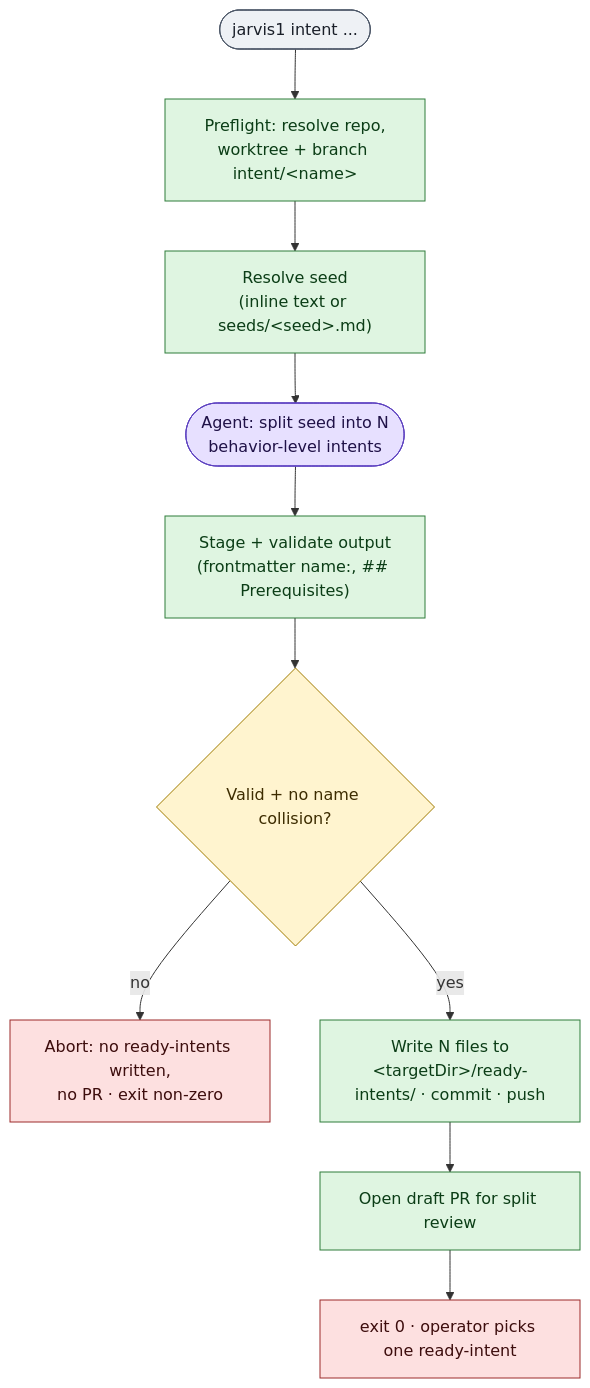
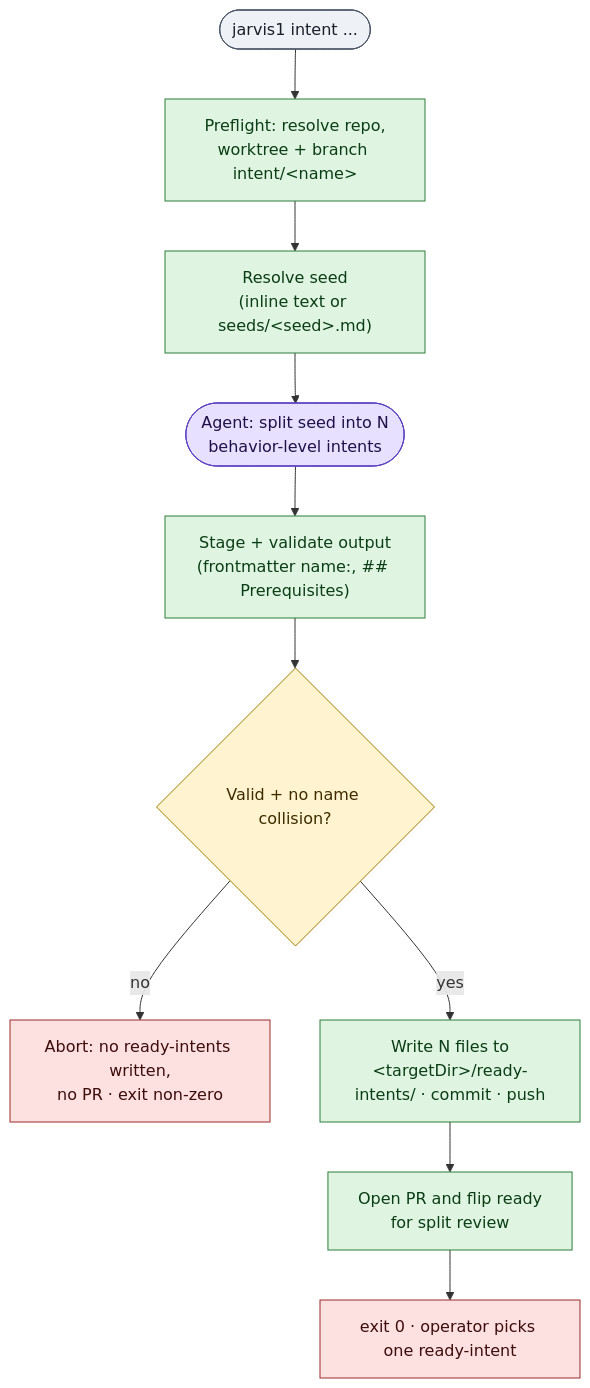
Before and after one commit to cbrenner04/jarvis: the third of 6 diagrams in v1/docs/workflows.md, drawn with Mermaid. The commit also changed other lines of this file and 7 other files, not shown here.

````diff
--- a/v1/docs/workflows.md
+++ b/v1/docs/workflows.md
@@ -123,20 +123,20 @@
 ```mermaid
 flowchart TD
   start([jarvis1 intent ...]):::neutral
 
   start --> pf["Preflight: resolve repo,<br/>worktree + branch intent/&lt;name&gt;"]:::det
   pf --> seed["Resolve seed<br/>(inline text or seeds/&lt;seed&gt;.md)"]:::det
   seed --> splitCall(["Agent: split seed into N<br/>behavior-level intents"]):::llm
   splitCall --> stage["Stage + validate output<br/>(frontmatter name:, ## Prerequisites)"]:::det
   stage --> valid{"Valid + no name collision?"}:::dec
   valid -- no --> abort["Abort: no ready-intents written,<br/>no PR · exit non-zero"]:::stop
   valid -- yes --> writeFiles["Write N files to<br/>&lt;targetDir&gt;/ready-intents/ · commit · push"]:::det
-  writeFiles --> pr["Open draft PR for split review"]:::det
+  writeFiles --> pr["Open PR and flip ready<br/>for split review"]:::det
   pr --> done["exit 0 · operator picks one ready-intent"]:::stop
 
   classDef det fill:#dff5e1,stroke:#2f7d3a,color:#0b3d16;
   classDef llm fill:#e7e0ff,stroke:#5b3fc0,color:#1f1147;
   classDef dec fill:#fff4cf,stroke:#a07b00,color:#3d2c00;
   classDef stop fill:#fde0e0,stroke:#9c2a2a,color:#3d0d0d;
   classDef neutral fill:#eef1f5,stroke:#4a5566,color:#1a1f29;
 ```
````
